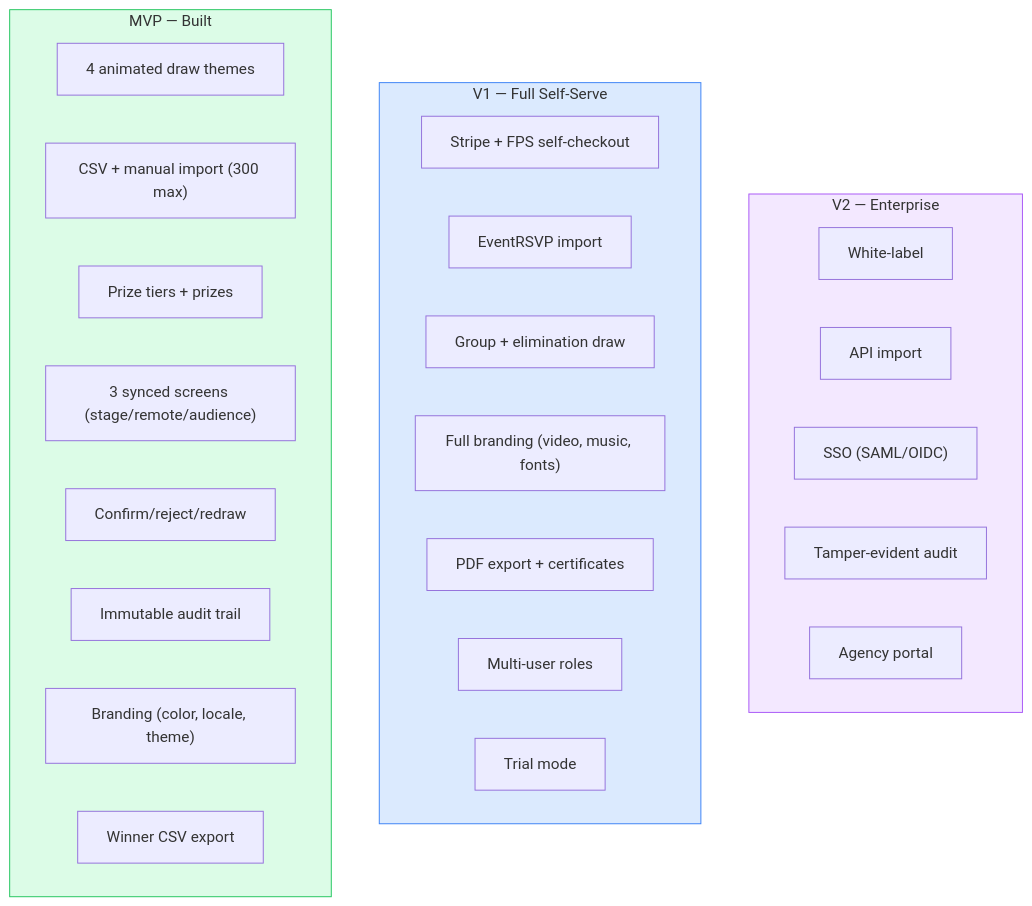
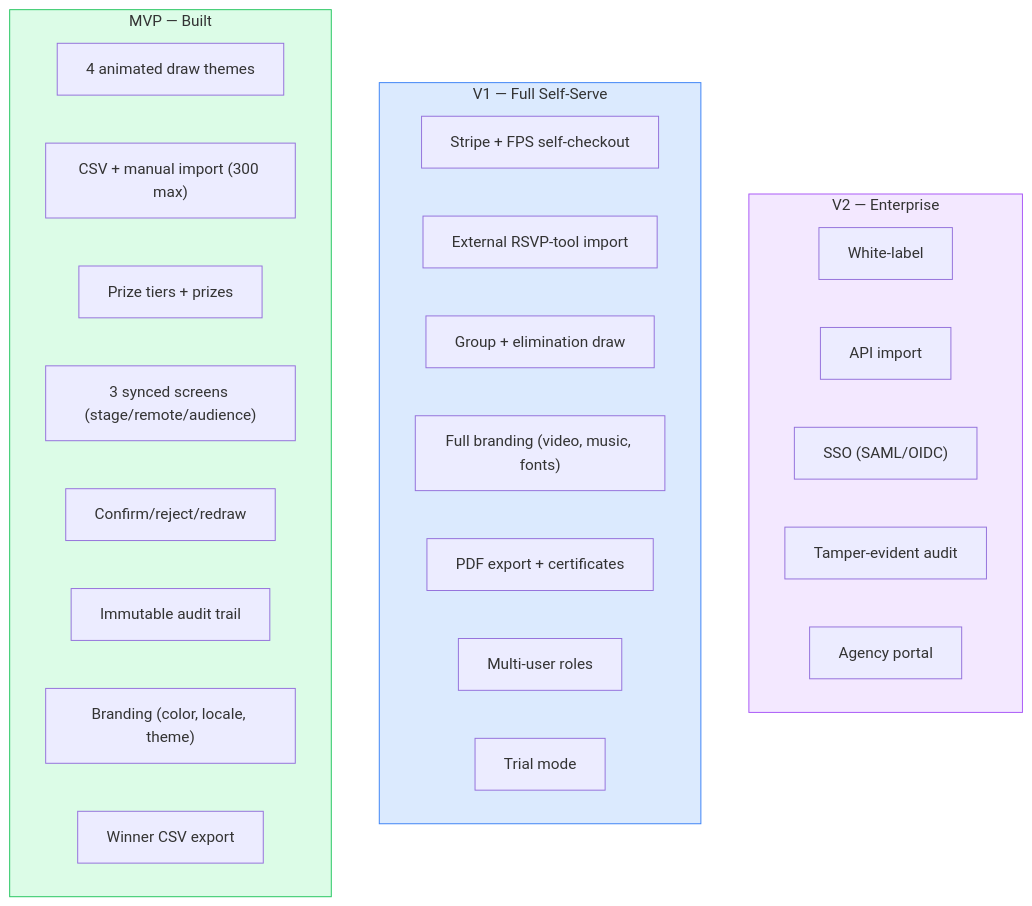
One commit to Calvin1921/luckydraw changed the diagram in docs/PRD.md. Above: the diagram before and after it, drawn with Mermaid. The commit also changed other lines of this file and 7 other files, not shown here.

````diff
--- a/docs/PRD.md
+++ b/docs/PRD.md
@@ -10,35 +10,35 @@
 ```mermaid
 graph TB
     subgraph V2["V2 — Enterprise"]
         v2a["White-label"]
         v2b["API import"]
         v2c["SSO (SAML/OIDC)"]
         v2d["Tamper-evident audit"]
         v2e["Agency portal"]
     end
 
     subgraph V1["V1 — Full Self-Serve"]
         v1a["Stripe + FPS self-checkout"]
-        v1b["EventRSVP import"]
+        v1b["External RSVP-tool import"]
         v1c["Group + elimination draw"]
         v1d["Full branding (video, music, fonts)"]
         v1e["PDF export + certificates"]
         v1f["Multi-user roles"]
         v1g["Trial mode"]
     end
 
     subgraph MVP["MVP — Built"]
         m1["4 animated draw themes"]
         m2["CSV + manual import (300 max)"]
         m3["Prize tiers + prizes"]
         m4["3 synced screens (stage/remote/audience)"]
         m5["Confirm/reject/redraw"]
         m6["Immutable audit trail"]
         m7["Branding (color, locale, theme)"]
         m8["Winner CSV export"]
     end
 
     style MVP fill:#dcfce7,stroke:#22c55e
     style V1 fill:#dbeafe,stroke:#3b82f6
     style V2 fill:#f3e8ff,stroke:#a855f7
 ```
````
